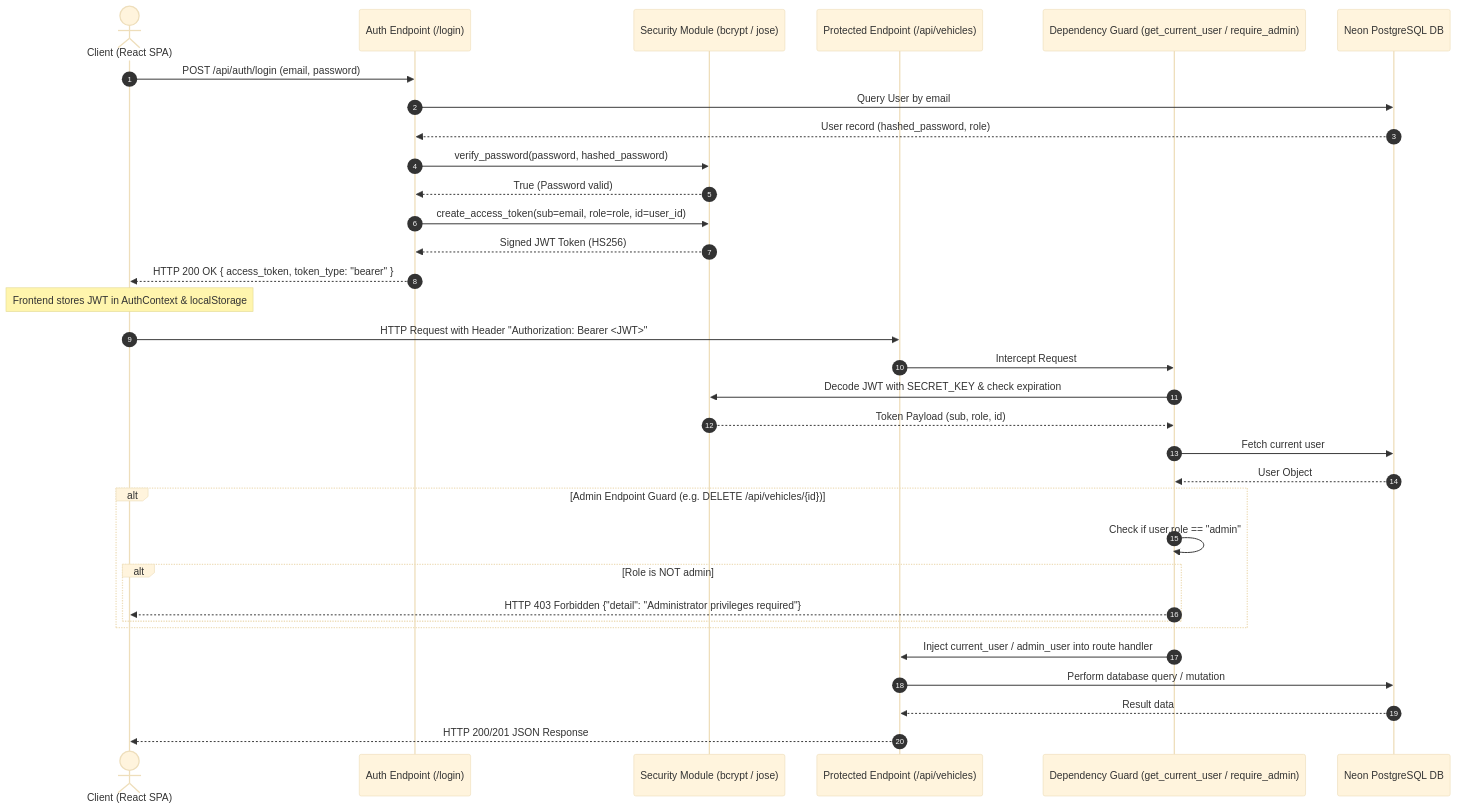
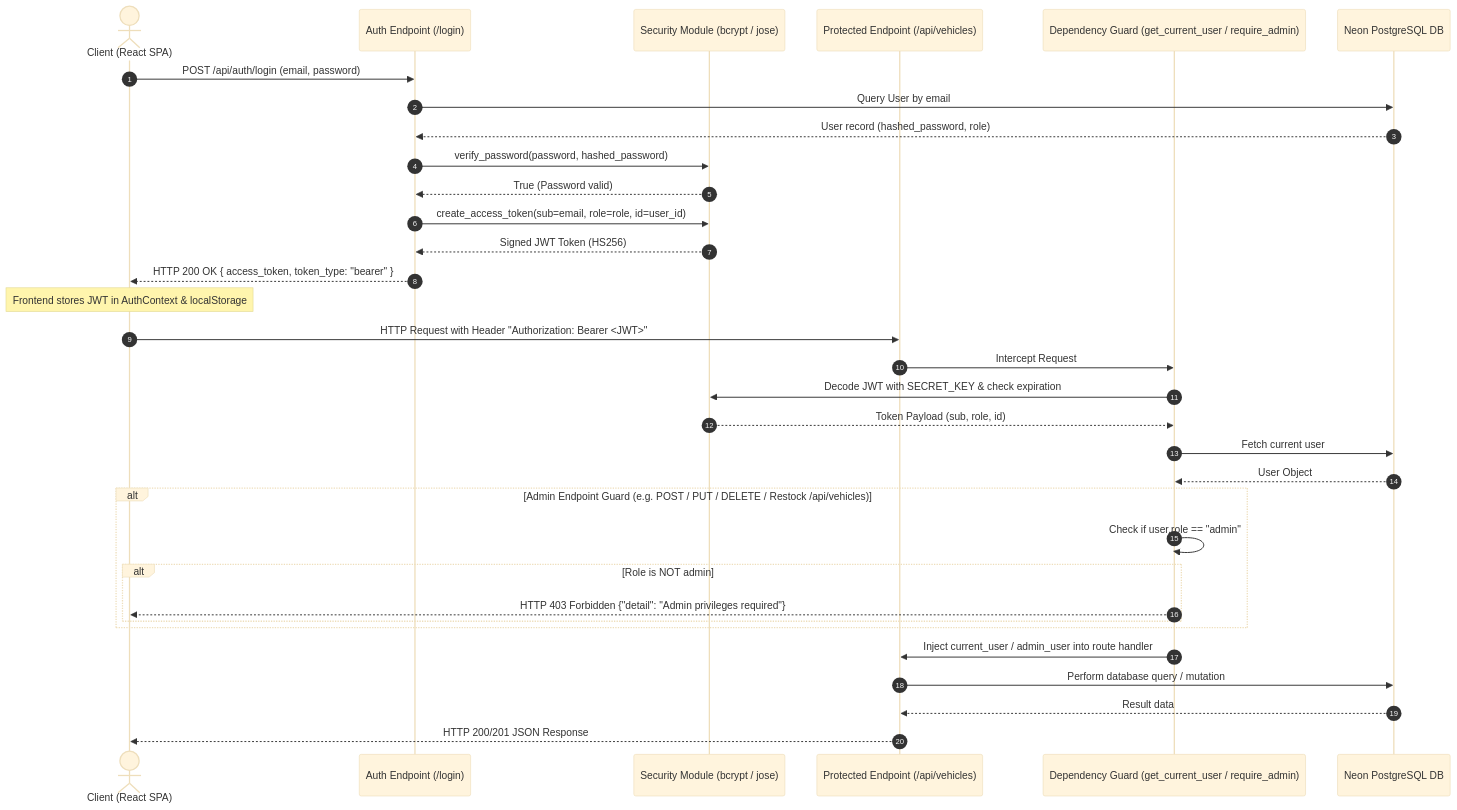
The fourth of 5 diagrams in notes.md (em-srs/srs-dealership), drawn with Mermaid (base theme) before and after one commit. The commit also changed other lines of this file, not shown here.

Commit message:
docs(notes): update interview notes with RBAC guards and 43 automated test metrics

````diff
--- a/notes.md
+++ b/notes.md
@@ -141,40 +141,40 @@
 ```mermaid
 sequenceDiagram
     autonumber
     actor User as Client (React SPA)
     participant Auth as Auth Endpoint (/login)
     participant Sec as Security Module (bcrypt / jose)
     participant API as Protected Endpoint (/api/vehicles)
     participant Dep as Dependency Guard (get_current_user / require_admin)
     participant DB as Neon PostgreSQL DB
 
     User->>Auth: POST /api/auth/login (email, password)
     Auth->>DB: Query User by email
     DB-->>Auth: User record (hashed_password, role)
     Auth->>Sec: verify_password(password, hashed_password)
     Sec-->>Auth: True (Password valid)
     Auth->>Sec: create_access_token(sub=email, role=role, id=user_id)
     Sec-->>Auth: Signed JWT Token (HS256)
     Auth-->>User: HTTP 200 OK { access_token, token_type: "bearer" }
     
     Note over User: Frontend stores JWT in AuthContext & localStorage
 
     User->>API: HTTP Request with Header "Authorization: Bearer <JWT>"
     API->>Dep: Intercept Request
     Dep->>Sec: Decode JWT with SECRET_KEY & check expiration
     Sec-->>Dep: Token Payload (sub, role, id)
     Dep->>DB: Fetch current user
     DB-->>Dep: User Object
 
-    alt Admin Endpoint Guard (e.g. DELETE /api/vehicles/{id})
+    alt Admin Endpoint Guard (e.g. POST / PUT / DELETE / Restock /api/vehicles)
         Dep->>Dep: Check if user.role == "admin"
         alt Role is NOT admin
-            Dep-->>User: HTTP 403 Forbidden {"detail": "Administrator privileges required"}
+            Dep-->>User: HTTP 403 Forbidden {"detail": "Admin privileges required"}
         end
     end
 
     Dep->>API: Inject current_user / admin_user into route handler
     API->>DB: Perform database query / mutation
     DB-->>API: Result data
     API-->>User: HTTP 200/201 JSON Response
 ```
````
